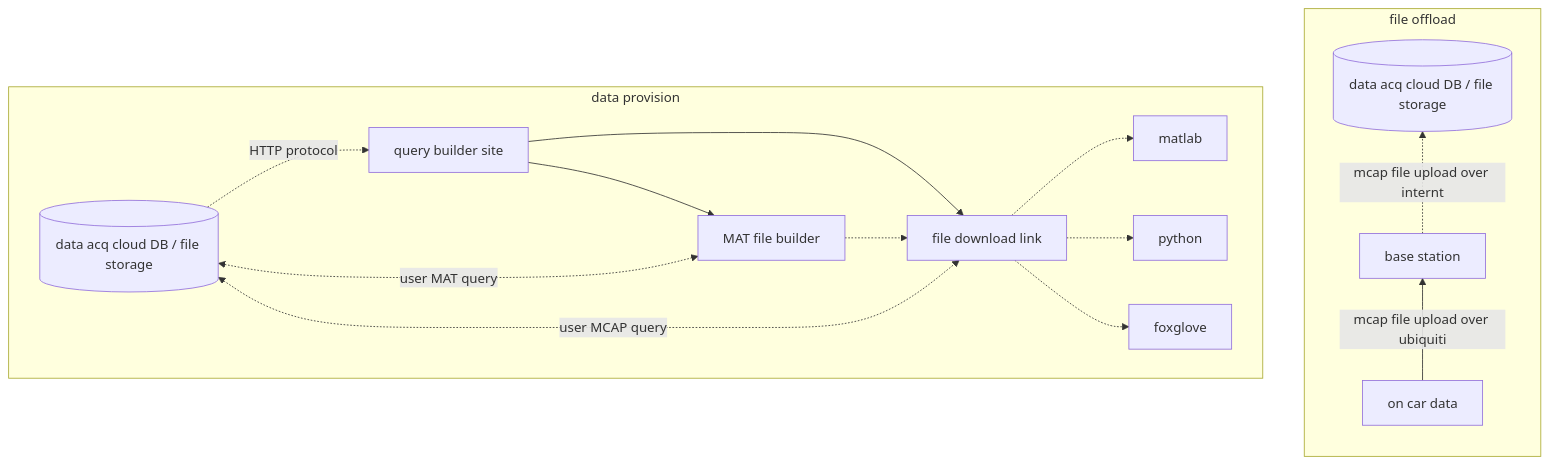
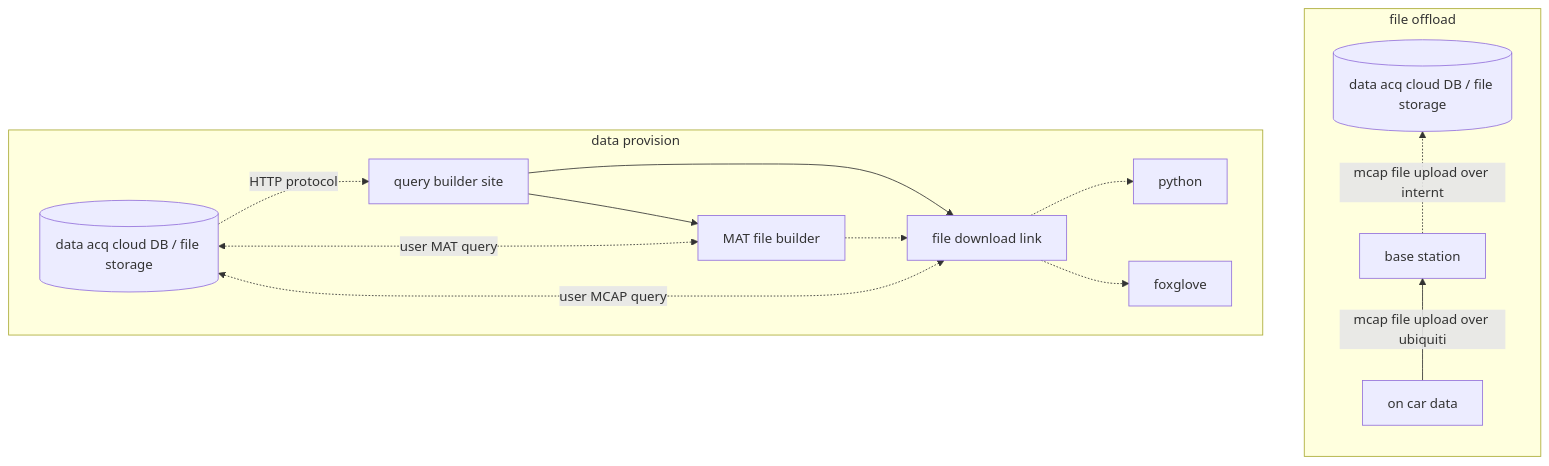
One commit to hytech-racing/data_acq_cloud changed the diagram in README.md. Above: the diagram before and after it, drawn with Mermaid. The commit also changed other lines of this file and 11 other files, not shown here.

````diff
--- a/README.md
+++ b/README.md
@@ -113,21 +153,20 @@
 ```mermaid
 
 flowchart TD
 subgraph file offload
     direction BT
     car[on car data] --mcap file upload over ubiquiti--> panda[base station]
     panda[base station] -.mcap file upload over internt.-> aws[(data acq cloud DB / file storage)]
 end
 subgraph data provision
     
     aws2[(data acq cloud DB / file storage)] -.HTTP protocol.-> website[query builder site]
     website --> file_serv
     website --> mat
     aws2 <-.user MAT query.-> mat[MAT file builder]
     mat -.-> file_serv
     aws2 <-.user MCAP query.-> file_serv[file download link]
-    file_serv -.-> matlab
     file_serv -.-> python
     file_serv -.-> foxglove
 end
 ```
````
